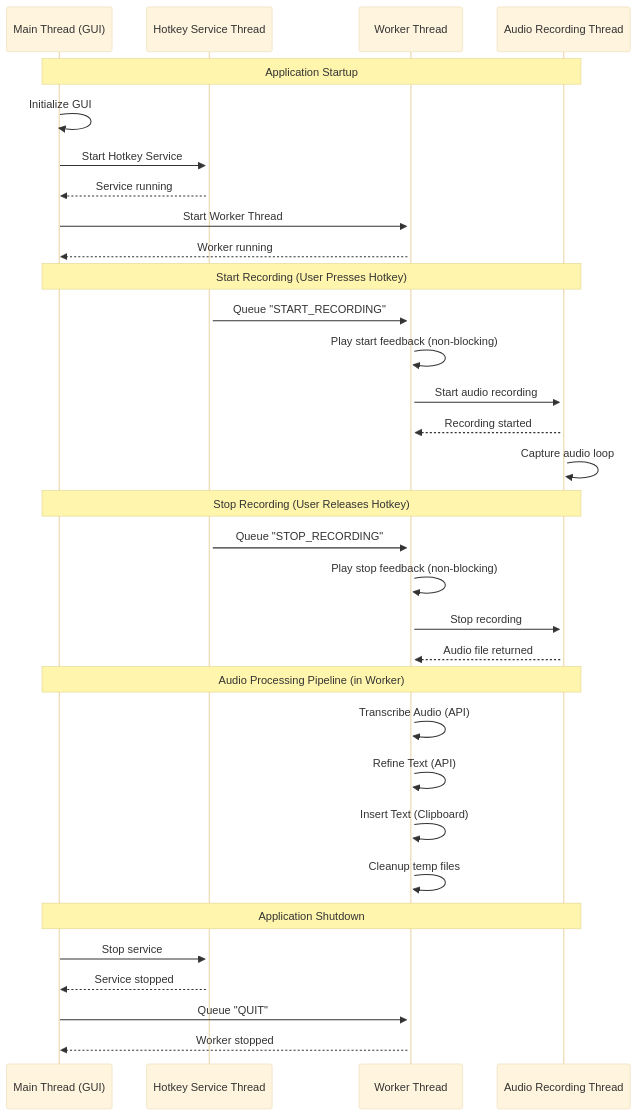
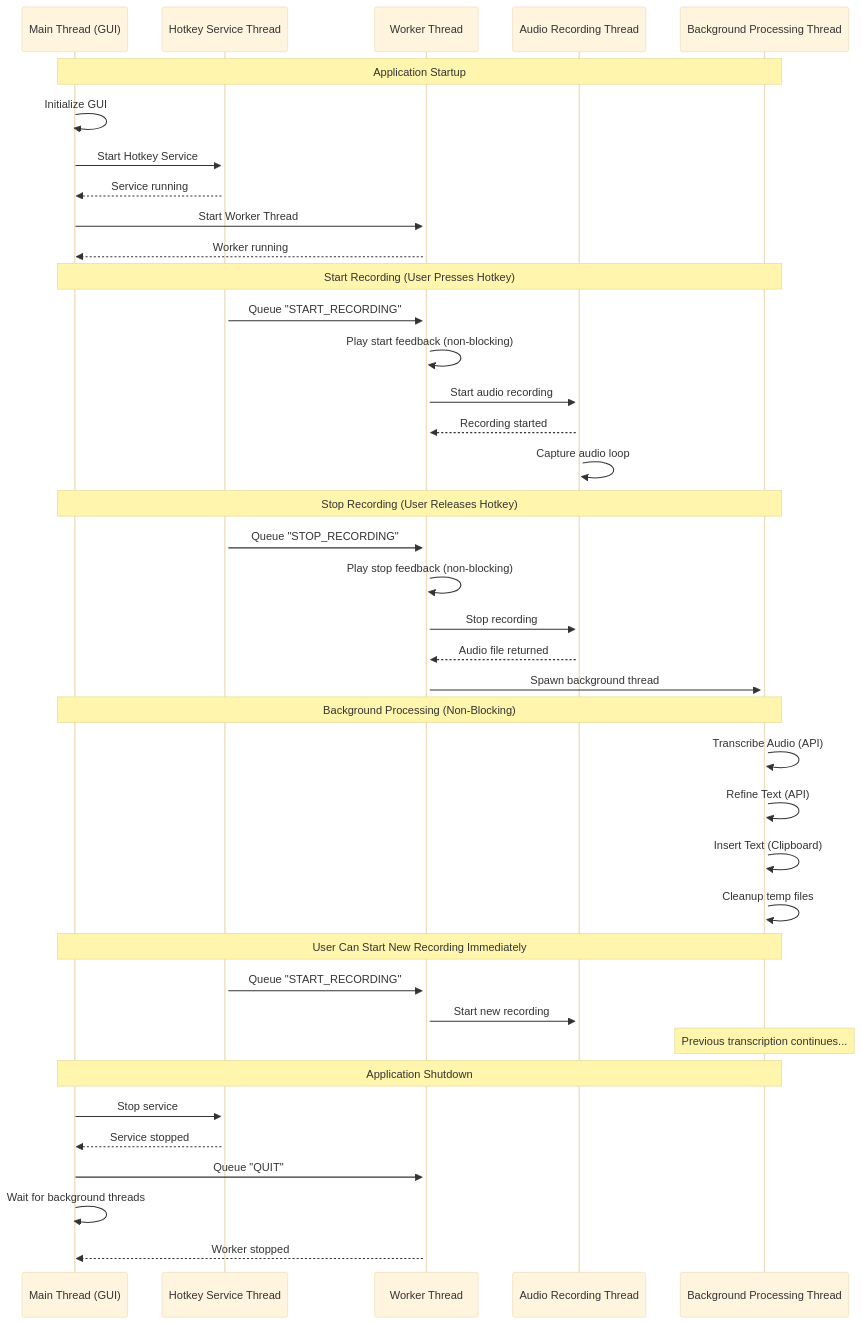
The diagram in README.md (yixin0829/push-to-talk), drawn with Mermaid (base theme) before and after one commit. The commit also changed other lines of this file and 1 other file, not shown here.

Commit message:
docs: add Gemini/custom provider docs and update threading architecture

````diff
--- a/README.md
+++ b/README.md
@@ -311,39 +321,47 @@
 ```mermaid
 sequenceDiagram
     participant Main as Main Thread (GUI)
     participant Hotkey as Hotkey Service Thread
     participant Worker as Worker Thread
     participant Audio as Audio Recording Thread
+    participant BG as Background Processing Thread
 
-    Note over Main,Audio: Application Startup
+    Note over Main,BG: Application Startup
     Main->>Main: Initialize GUI
     Main->>+Hotkey: Start Hotkey Service
     Hotkey-->>Main: Service running
     Main->>+Worker: Start Worker Thread
     Worker-->>Main: Worker running
 
-    Note over Main,Audio: Start Recording (User Presses Hotkey)
+    Note over Main,BG: Start Recording (User Presses Hotkey)
     Hotkey->>Worker: Queue "START_RECORDING"
     Worker->>Worker: Play start feedback (non-blocking)
     Worker->>+Audio: Start audio recording
     Audio-->>Worker: Recording started
     Audio->>Audio: Capture audio loop
 
-    Note over Main,Audio: Stop Recording (User Releases Hotkey)
+    Note over Main,BG: Stop Recording (User Releases Hotkey)
     Hotkey->>Worker: Queue "STOP_RECORDING"
     Worker->>Worker: Play stop feedback (non-blocking)
     Worker->>Audio: Stop recording
     Audio-->>Worker: Audio file returned
+    Worker->>+BG: Spawn background thread
 
-    Note over Main,Audio: Audio Processing Pipeline (in Worker)
-    Worker->>Worker: Transcribe Audio (API)
-    Worker->>Worker: Refine Text (API)
-    Worker->>Worker: Insert Text (Clipboard)
-    Worker->>Worker: Cleanup temp files
+    Note over Main,BG: Background Processing (Non-Blocking)
+    BG->>BG: Transcribe Audio (API)
+    BG->>BG: Refine Text (API)
+    BG->>BG: Insert Text (Clipboard)
+    BG->>BG: Cleanup temp files
 
-    Note over Main,Audio: Application Shutdown
+    Note over Main,BG: User Can Start New Recording Immediately
+    Hotkey->>Worker: Queue "START_RECORDING"
+    Worker->>+Audio: Start new recording
+    Note over BG: Previous transcription continues...
+
+    Note over Main,BG: Application Shutdown
     Main->>Hotkey: Stop service
     Hotkey-->>Main: Service stopped
     Main->>Worker: Queue "QUIT"
+    Main->>Main: Wait for background threads
     Worker-->>Main: Worker stopped
 ```
````
